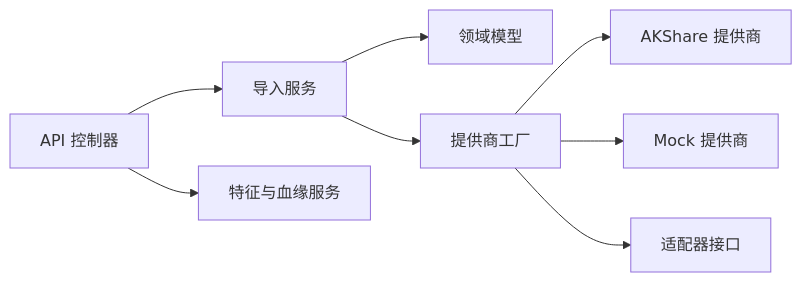
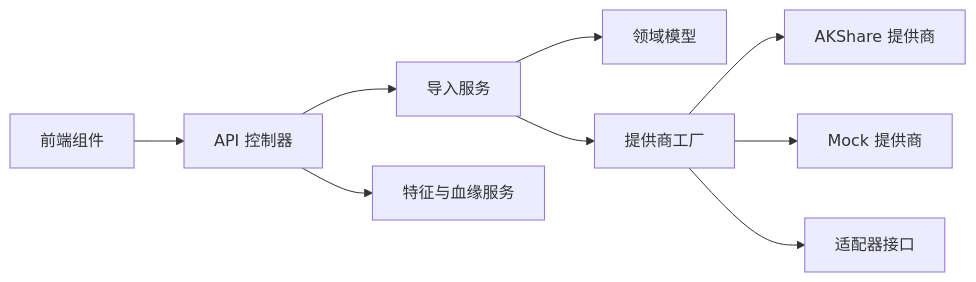
The eighth of 8 diagrams in .qoder/repowiki/zh/content/数据管理/数据管理.md (javelin-dot/llmine-quant), drawn with Mermaid before and after one commit. The commit also changed other lines of this file and 19 other files, not shown here.

````diff
--- a/.qoder/repowiki/zh/content/数据管理/数据管理.md
+++ b/.qoder/repowiki/zh/content/数据管理/数据管理.md
@@ -443,10 +518,11 @@
 ```mermaid
 graph LR
-API["API 控制器"] --> ImportSvc["导入服务"]
+Frontend["前端组件"] --> API["API 控制器"]
+API --> ImportSvc["导入服务"]
 API --> FeatureLineage["特征与血缘服务"]
 ImportSvc --> Models["领域模型"]
 ImportSvc --> Factory["提供商工厂"]
 Factory --> Akshare["AKShare 提供商"]
 Factory --> Mock["Mock 提供商"]
 Factory --> Adapter["适配器接口"]
 ```
````
